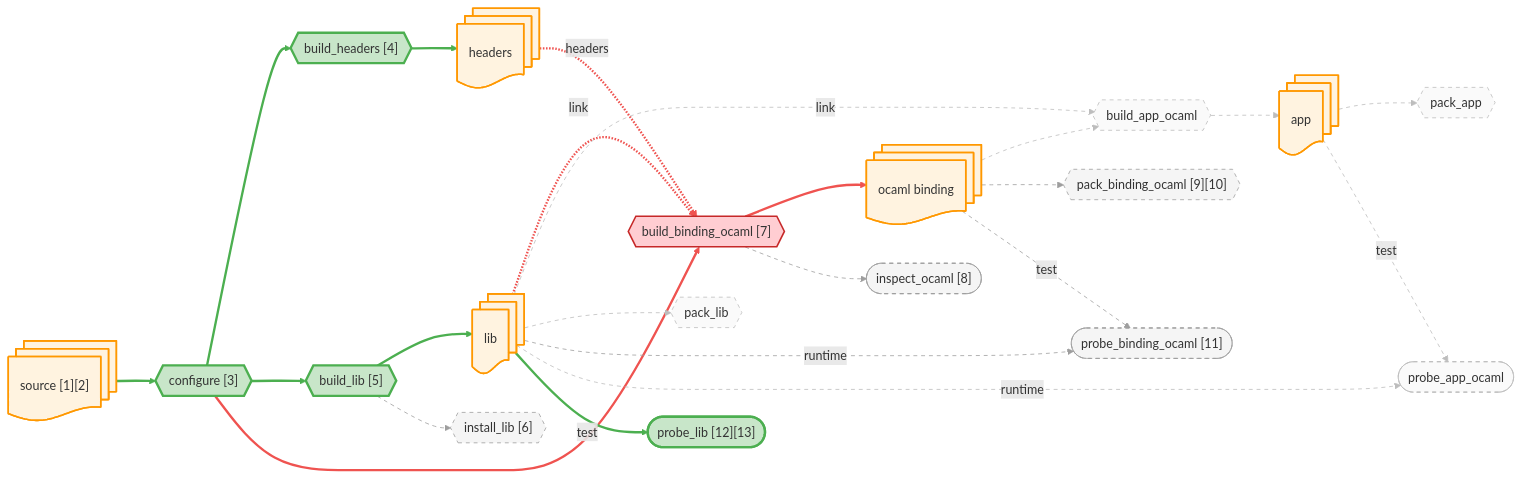
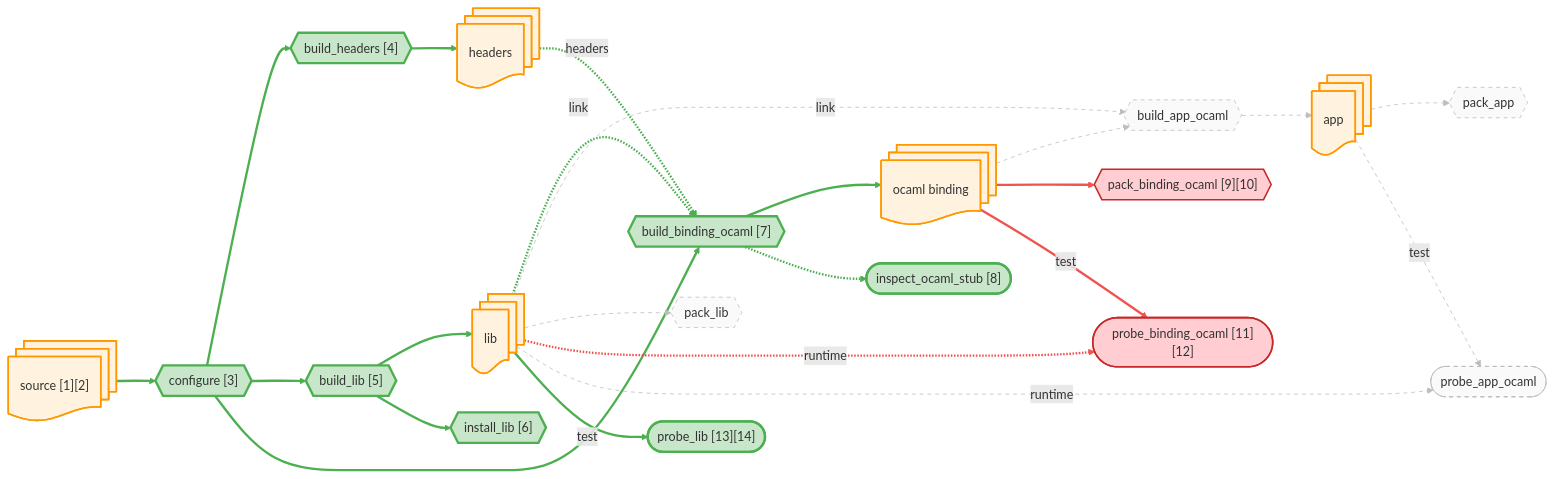
Before and after one commit to JHU-PL-Lab/tola: the diagram in docs/canary/projects/z3/-run/diagrams/all.mmd, drawn with Mermaid. The commit also changed 24 other files, not shown here.

```diff
--- a/docs/canary/projects/z3/-run/diagrams/all.mmd
+++ b/docs/canary/projects/z3/-run/diagrams/all.mmd
@@ -1,88 +1,88 @@
 graph LR
     source_node@{ shape: docs, label: "source [1][2]" }
     headers_node@{ shape: docs, label: "headers" }
     lib_node@{ shape: docs, label: "lib" }
     app_node@{ shape: docs, label: "app" }
     ocaml_binding_node@{ shape: docs, label: "ocaml binding" }
 
     A_configure{{"configure [3]"}}
     A_build_headers{{"build_headers [4]"}}
     A_build_lib{{"build_lib [5]"}}
     A_build_binding_ocaml{{"build_binding_ocaml [7]"}}
     A_build_app_ocaml{{"build_app_ocaml"}}
     A_install_lib{{"install_lib [6]"}}
     A_pack_binding_ocaml{{"pack_binding_ocaml [9][10]"}}
     A_pack_lib{{"pack_lib"}}
     A_pack_app{{"pack_app"}}
-    A_probe_binding_ocaml(["probe_binding_ocaml [11]"])
+    A_probe_binding_ocaml(["probe_binding_ocaml [11][12]"])
     A_probe_app_ocaml(["probe_app_ocaml"])
-    A_probe_lib(["probe_lib [12][13]"])
-    A_build_binding_ocaml_inspect(["inspect_ocaml [8]"])
+    A_probe_lib(["probe_lib [13][14]"])
+    A_build_binding_ocaml_stub_inspect(["inspect_ocaml_stub [8]"])
 
     source_node --> A_configure
     A_configure --> A_build_headers
     A_build_headers --> headers_node
     A_configure --> A_build_lib
     A_build_lib --> lib_node
     A_configure --> A_build_binding_ocaml
     headers_node -.->|headers| A_build_binding_ocaml
     lib_node -.->|link| A_build_binding_ocaml
     A_build_binding_ocaml --> ocaml_binding_node
     ocaml_binding_node --> A_build_app_ocaml
     lib_node -.->|link| A_build_app_ocaml
     A_build_app_ocaml --> app_node
     A_build_lib --> A_install_lib
     ocaml_binding_node --> A_pack_binding_ocaml
     lib_node --> A_pack_lib
     app_node --> A_pack_app
     ocaml_binding_node -->|test| A_probe_binding_ocaml
     lib_node -.->|runtime| A_probe_binding_ocaml
     app_node -->|test| A_probe_app_ocaml
     lib_node -.->|runtime| A_probe_app_ocaml
     lib_node -->|test| A_probe_lib
-    A_build_binding_ocaml -.-> A_build_binding_ocaml_inspect
+    A_build_binding_ocaml -.-> A_build_binding_ocaml_stub_inspect
 
     classDef artifact fill:#fff3e0,stroke:#ff9800,stroke-width:2px
     classDef action fill:#f3e5f5,stroke:#9c27b0,stroke-width:2px
     classDef st_done fill:#c8e6c9,stroke:#4caf50,stroke-width:3px
     classDef st_done_ctx fill:#e8f5e9,stroke:#a5d6a7,stroke-width:1.5px
     classDef st_expected_fail fill:#fff9c4,stroke:#f9a825,stroke-width:2px
     classDef st_failed fill:#ffcdd2,stroke:#c62828,stroke-width:2px
     classDef st_skipped fill:#f5f5f5,stroke:#9e9e9e,stroke-dasharray:5
     classDef st_nospec fill:#fafafa,stroke:#bdbdbd,stroke-dasharray:5
     class source_node,headers_node,lib_node,app_node,ocaml_binding_node artifact
     class A_configure st_done
     class A_build_headers st_done
     class A_build_lib st_done
-    class A_build_binding_ocaml st_failed
+    class A_build_binding_ocaml st_done
     class A_build_app_ocaml st_nospec
-    class A_install_lib st_skipped
-    class A_pack_binding_ocaml st_skipped
+    class A_install_lib st_done
+    class A_pack_binding_ocaml st_failed
     class A_pack_lib st_nospec
     class A_pack_app st_nospec
-    class A_probe_binding_ocaml st_skipped
+    class A_probe_binding_ocaml st_failed
     class A_probe_app_ocaml st_nospec
     class A_probe_lib st_done
-    class A_build_binding_ocaml_inspect st_skipped
+    class A_build_binding_ocaml_stub_inspect st_done
     linkStyle 0 stroke:#4caf50,stroke-width:3px
     linkStyle 1 stroke:#4caf50,stroke-width:3px
     linkStyle 2 stroke:#4caf50,stroke-width:3px
     linkStyle 3 stroke:#4caf50,stroke-width:3px
     linkStyle 4 stroke:#4caf50,stroke-width:3px
-    linkStyle 5 stroke:#ef5350,stroke-width:3px
-    linkStyle 6 stroke:#ef5350,stroke-width:3px
-    linkStyle 7 stroke:#ef5350,stroke-width:3px
-    linkStyle 8 stroke:#ef5350,stroke-width:3px
+    linkStyle 5 stroke:#4caf50,stroke-width:3px
+    linkStyle 6 stroke:#4caf50,stroke-width:3px
+    linkStyle 7 stroke:#4caf50,stroke-width:3px
+    linkStyle 8 stroke:#4caf50,stroke-width:3px
     linkStyle 9 stroke:#bdbdbd,stroke-width:1px,stroke-dasharray:5
     linkStyle 10 stroke:#bdbdbd,stroke-width:1px,stroke-dasharray:5
     linkStyle 11 stroke:#bdbdbd,stroke-width:1px,stroke-dasharray:5
-    linkStyle 12 stroke:#9e9e9e,stroke-width:1px,stroke-dasharray:5
-    linkStyle 13 stroke:#9e9e9e,stroke-width:1px,stroke-dasharray:5
+    linkStyle 12 stroke:#4caf50,stroke-width:3px
+    linkStyle 13 stroke:#ef5350,stroke-width:3px
     linkStyle 14 stroke:#bdbdbd,stroke-width:1px,stroke-dasharray:5
     linkStyle 15 stroke:#bdbdbd,stroke-width:1px,stroke-dasharray:5
-    linkStyle 16 stroke:#9e9e9e,stroke-width:1px,stroke-dasharray:5
-    linkStyle 17 stroke:#9e9e9e,stroke-width:1px,stroke-dasharray:5
+    linkStyle 16 stroke:#ef5350,stroke-width:3px
+    linkStyle 17 stroke:#ef5350,stroke-width:3px
     linkStyle 18 stroke:#bdbdbd,stroke-width:1px,stroke-dasharray:5
     linkStyle 19 stroke:#bdbdbd,stroke-width:1px,stroke-dasharray:5
     linkStyle 20 stroke:#4caf50,stroke-width:3px
-    linkStyle 21 stroke:#9e9e9e,stroke-width:1px,stroke-dasharray:5
+    linkStyle 21 stroke:#4caf50,stroke-width:3px
```
